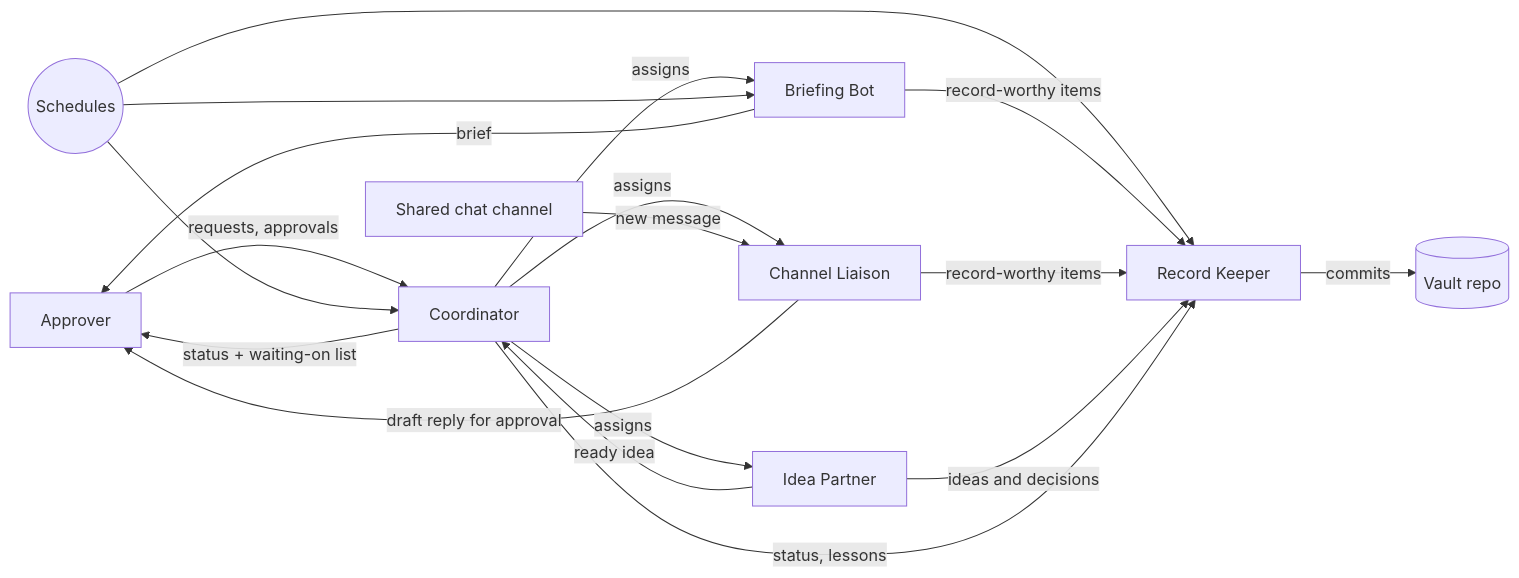
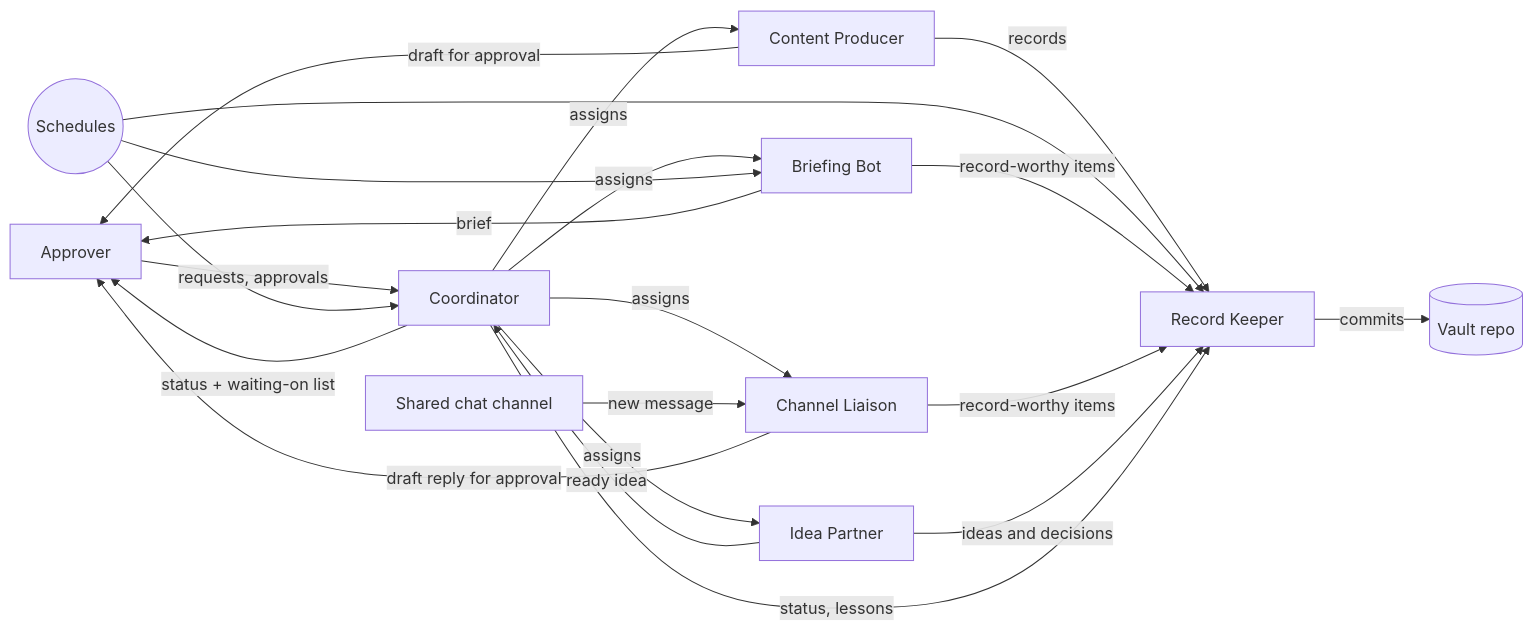
The diagram in Team/README.md (JonathanT10/grok-bot-client-vault-template), drawn with Mermaid before and after one commit. The commit also changed other lines of this file and 13 other files, not shown here.

````diff
--- a/Team/README.md
+++ b/Team/README.md
@@ -48,20 +63,23 @@
 ```mermaid
 flowchart LR
     A[Approver] -- requests, approvals --> C[Coordinator]
     C -- assigns --> B[Briefing Bot]
     C -- assigns --> L[Channel Liaison]
     C -- assigns --> I[Idea Partner]
+    C -- assigns --> P[Content Producer]
+    P -- draft for approval --> A
+    P -- records --> R
     S((Schedules)) --> B
     S --> C
     S --> R
     CH[Shared chat channel] -- new message --> L
     L -- draft reply for approval --> A
     B -- brief --> A
     I -- ready idea --> C
     B -- record-worthy items --> R[Record Keeper]
     L -- record-worthy items --> R
     I -- ideas and decisions --> R
     C -- status, lessons --> R
     R -- commits --> V[(Vault repo)]
     C -- status + waiting-on list --> A
 ```
````
